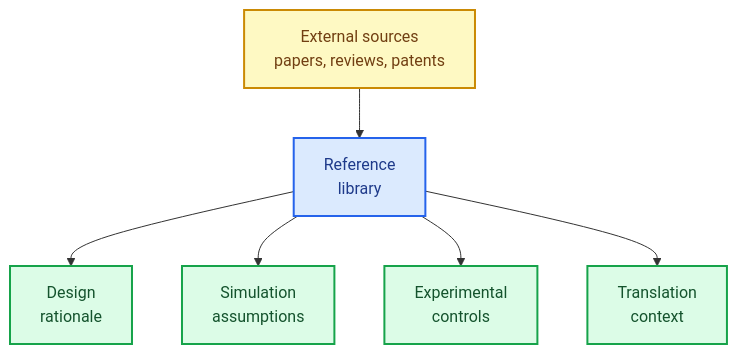
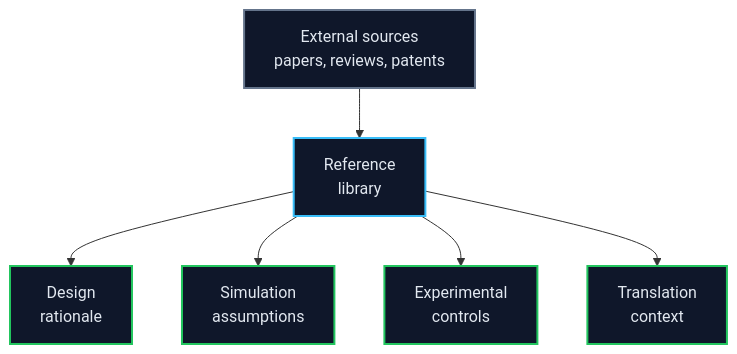
Before and after one commit to jackyissocute/LiSPER: the first of 2 diagrams in 04_reference_library/README.md, drawn with Mermaid. The commit also changed 10 other files, not shown here.

````diff
--- a/04_reference_library/README.md
+++ b/04_reference_library/README.md
@@ -7,25 +7,25 @@
 ```mermaid
 flowchart TD
     accTitle: Reference Library Role
     accDescr: External papers, reviews, and patents are collected in the reference library and used to support design, simulation, experimental, and translation decisions.
 
     sources["External sources<br/>papers, reviews, patents"]
     library["Reference<br/>library"]
     design["Design<br/>rationale"]
     simulation["Simulation<br/>assumptions"]
     controls["Experimental<br/>controls"]
     translation["Translation<br/>context"]
 
     sources --> library
     library --> design
     library --> simulation
     library --> controls
     library --> translation
 
-    classDef source fill:#fef9c3,stroke:#ca8a04,stroke-width:2px,color:#713f12
-    classDef library fill:#dbeafe,stroke:#2563eb,stroke-width:2px,color:#1e3a8a
-    classDef use fill:#dcfce7,stroke:#16a34a,stroke-width:2px,color:#14532d
+    classDef source fill:#0F172A,stroke:#64748B,stroke-width:2px,color:#E2E8F0
+    classDef library fill:#0F172A,stroke:#38BDF8,stroke-width:2px,color:#E2E8F0
+    classDef use fill:#0F172A,stroke:#22C55E,stroke-width:2px,color:#E2E8F0
     class sources source
     class library library
     class design,simulation,controls,translation use
 ```
````
